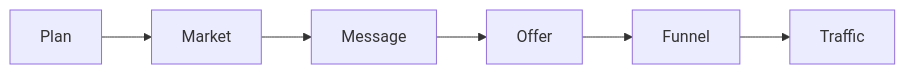
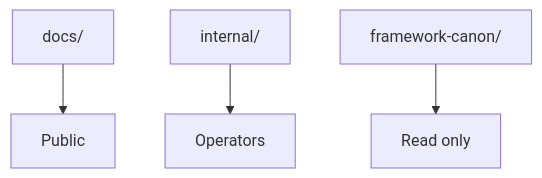
Before and after one commit to redrhino-online/red-canon: the diagram in README.md, drawn with Mermaid. The commit also changed other lines of this file and 13 other files, not shown here.

Commit message:
docs: split public method docs from internal operator docs

````diff
--- a/README.md
+++ b/README.md
@@ -142,5 +5,6 @@
 ```mermaid
-flowchart LR
-    A[Plan] --> B[Market] --> C[Message]
-    C --> D[Offer] --> E[Funnel] --> F[Traffic]
+flowchart TD
+    A[docs/] --> B[Public]
+    C[internal/] --> D[Operators]
+    E[framework-canon/] --> F[Read only]
 ```
````
